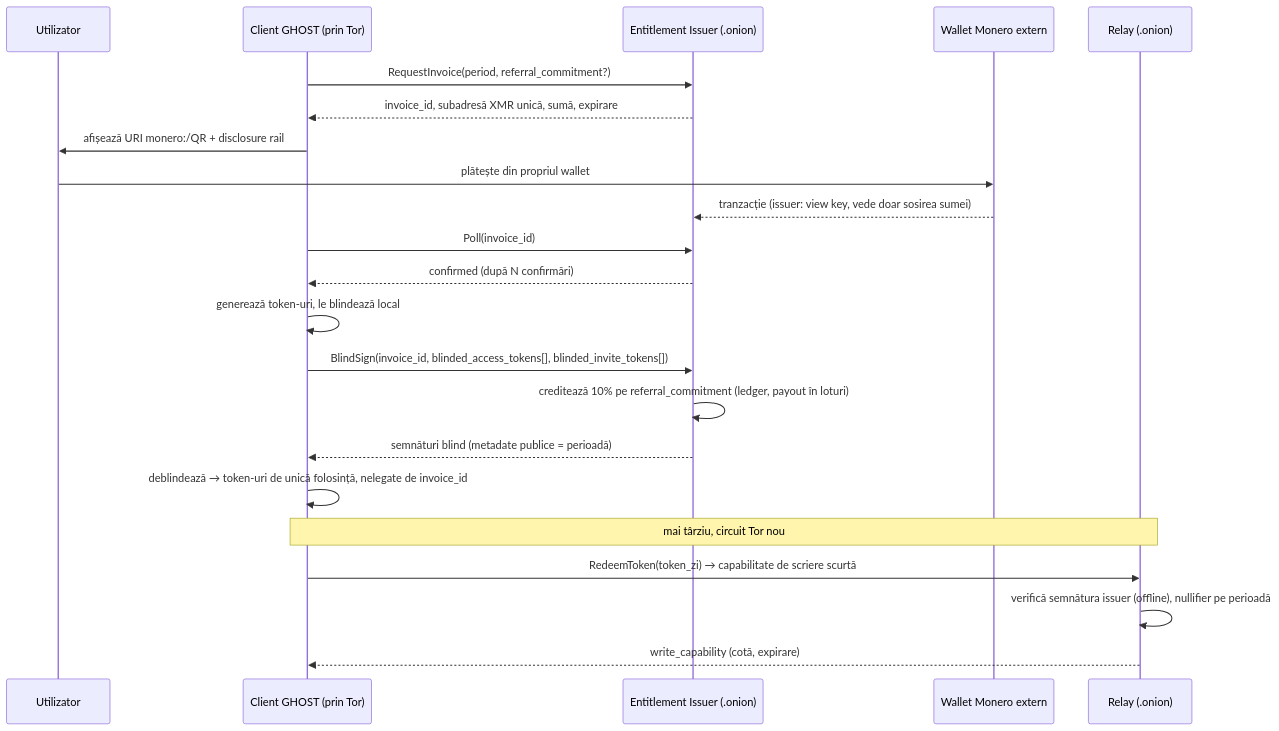
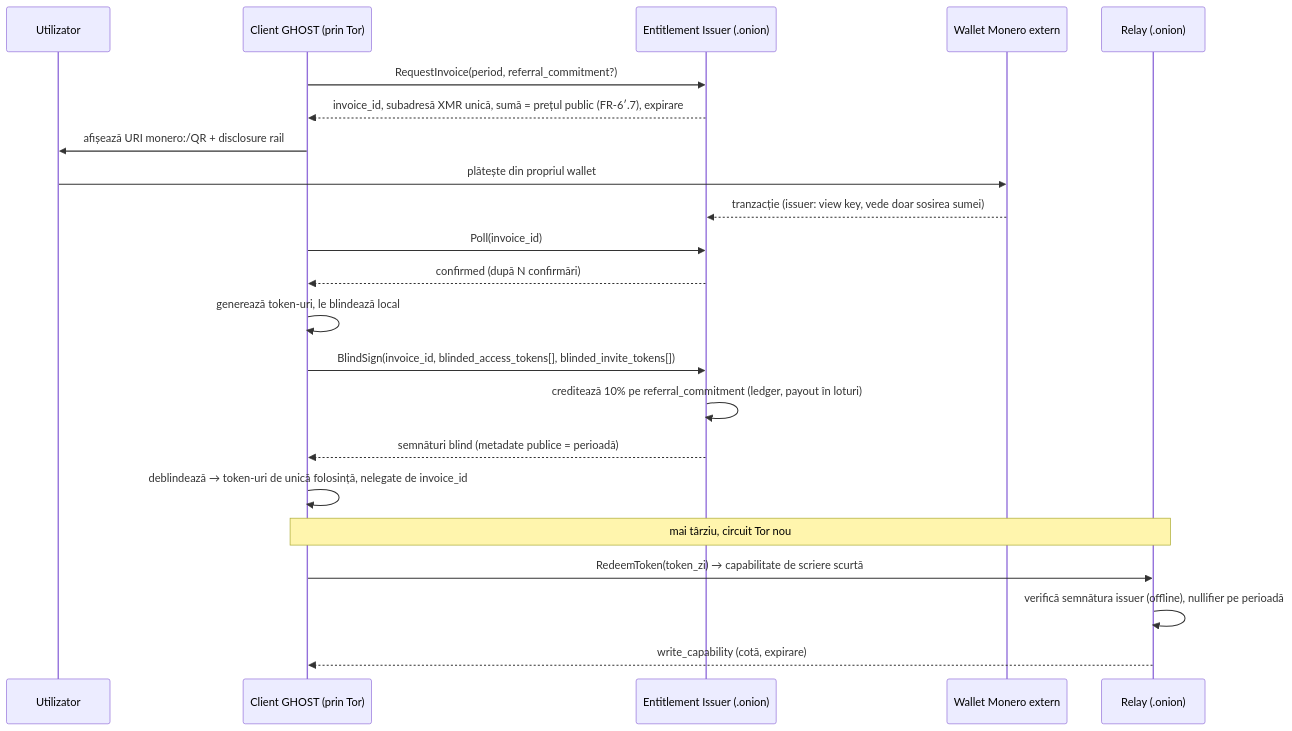
Before and after one commit to MihaiCatalinVoicu/GHOST: the diagram in docs/GHOST_Master_Plan_v2.1_OPTIMIZAT.md, drawn with Mermaid. The commit also changed other lines of this file and 2 other files, not shown here.

First line of the commit message:
Plan: FR-6'.7 uniform invoice amount; T2 extended to the compromised issuer with view key plus a passive Monero observer

````diff
--- a/docs/GHOST_Master_Plan_v2.1_OPTIMIZAT.md
+++ b/docs/GHOST_Master_Plan_v2.1_OPTIMIZAT.md
@@ -397,25 +398,25 @@
 ```mermaid
 sequenceDiagram
     participant U as Utilizator
     participant C as Client GHOST (prin Tor)
     participant I as Entitlement Issuer (.onion)
     participant M as Wallet Monero extern
     participant R as Relay (.onion)
 
     C->>I: RequestInvoice(period, referral_commitment?)
-    I-->>C: invoice_id, subadresă XMR unică, sumă, expirare
+    I-->>C: invoice_id, subadresă XMR unică, sumă = prețul public (FR-6′.7), expirare
     C->>U: afișează URI monero:/QR + disclosure rail
     U->>M: plătește din propriul wallet
     M-->>I: tranzacție (issuer: view key, vede doar sosirea sumei)
     C->>I: Poll(invoice_id)
     I-->>C: confirmed (după N confirmări)
     C->>C: generează token-uri, le blindează local
     C->>I: BlindSign(invoice_id, blinded_access_tokens[], blinded_invite_tokens[])
     I->>I: creditează 10% pe referral_commitment (ledger, payout în loturi)
     I-->>C: semnături blind (metadate publice = perioadă)
     C->>C: deblindează → token-uri de unică folosință, nelegate de invoice_id
     Note over C,R: mai târziu, circuit Tor nou
     C->>R: RedeemToken(token_zi) → capabilitate de scriere scurtă
     R->>R: verifică semnătura issuer (offline), nullifier pe perioadă
     R-->>C: write_capability (cotă, expirare)
 ```
````
